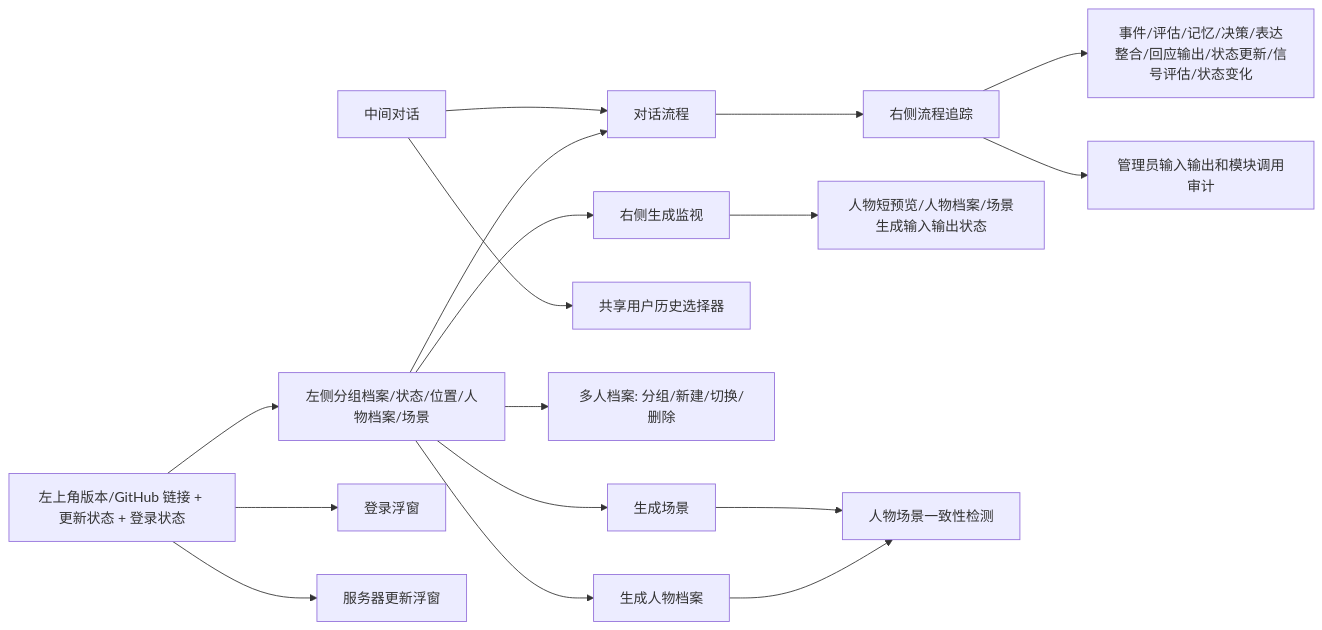
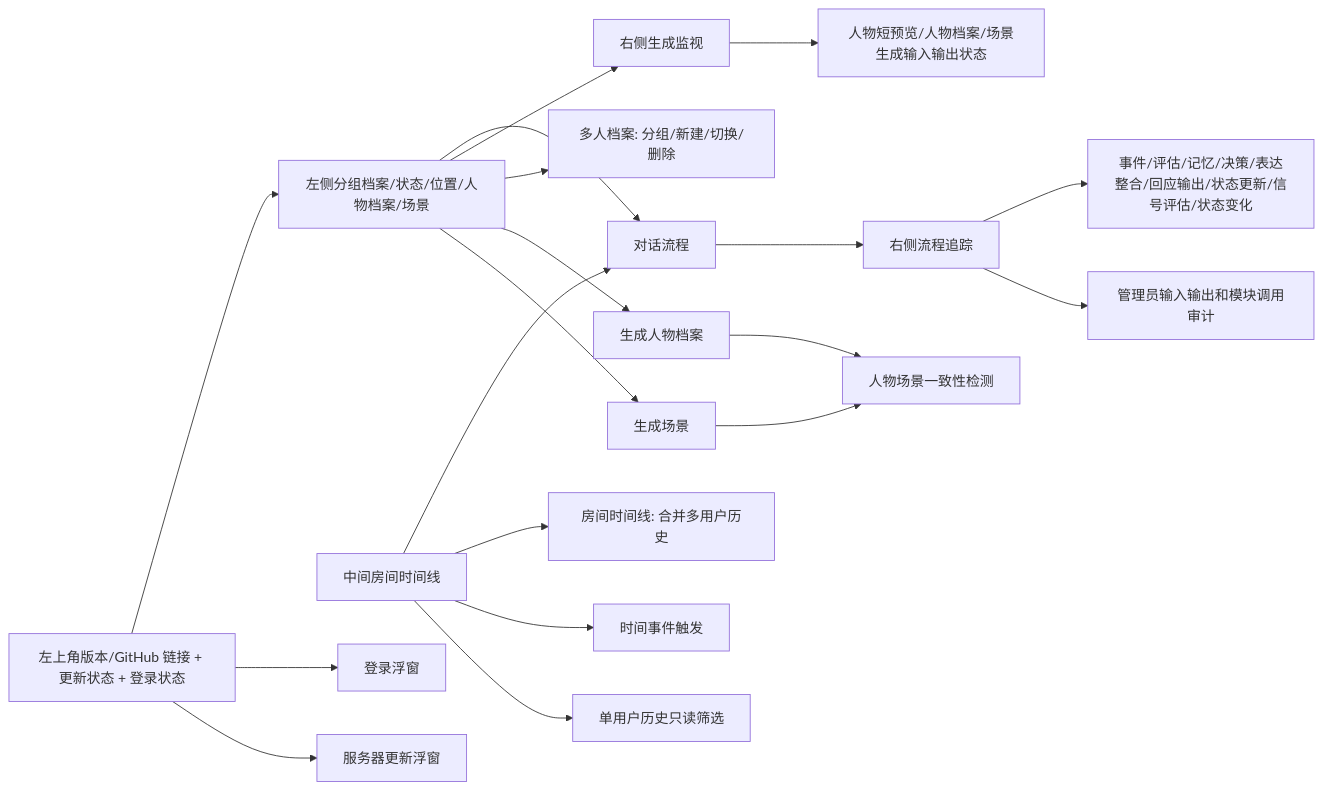
Diagram 32 of 32 in docs/SYSTEM_FLOW.md (ttmanthatman/virtual-human-flow), drawn with Mermaid before and after one commit. The commit also changed other lines of this file and 20 other files, not shown here.

Commit message:
feat: add room timeline and event activity cards

````diff
--- a/docs/SYSTEM_FLOW.md
+++ b/docs/SYSTEM_FLOW.md
@@ -766,19 +772,21 @@
 ```mermaid
 flowchart LR
     TOP[左上角版本/GitHub 链接 + 更新状态 + 登录状态] --> LEFT
     LEFT[左侧分组档案/状态/位置/人物档案/场景] --> PIPE[对话流程]
-    CHAT[中间对话] --> PIPE
+    CHAT[中间房间时间线] --> PIPE
     PIPE --> TRACE[右侧流程追踪]
     TRACE --> JSON[事件/评估/记忆/决策/表达整合/回应输出/状态更新/信号评估/状态变化]
     LEFT --> MONITOR[右侧生成监视]
     MONITOR --> GENJSON[人物短预览/人物档案/场景生成输入输出状态]
     TRACE --> AUDIT[管理员输入输出和模块调用审计]
-    CHAT --> SHAREDHIST[共享用户历史选择器]
+    CHAT --> ROOM[房间时间线: 合并多用户历史]
+    CHAT --> EVENT[时间事件触发]
+    CHAT --> SHAREDHIST[单用户历史只读筛选]
     TOP --> LOGIN[登录浮窗]
     TOP --> UPDATE[服务器更新浮窗]
     LEFT --> DOS[多人档案: 分组/新建/切换/删除]
     LEFT --> GEN1[生成人物档案]
     LEFT --> GEN2[生成场景]
     GEN1 --> FIT[人物场景一致性检测]
     GEN2 --> FIT
 ```
````
